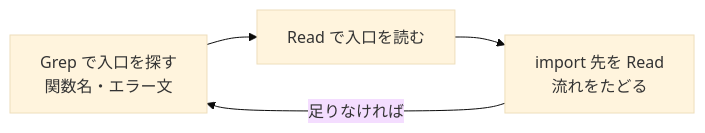
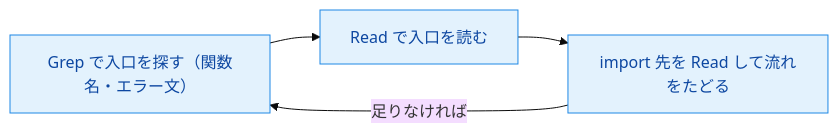
One commit to yuya-take/yuya-exam-notes changed the second of 2 diagrams in ccaf/notes/02-tool-design-mcp/builtin-tools-incremental-exploration.md. Above: the diagram before and after it, drawn with Mermaid (base theme). The commit also changed other lines of this file and 50 other files, not shown here.

````diff
--- a/ccaf/notes/02-tool-design-mcp/builtin-tools-incremental-exploration.md
+++ b/ccaf/notes/02-tool-design-mcp/builtin-tools-incremental-exploration.md
@@ -41,6 +42,8 @@
 ```mermaid
 flowchart LR
-  A[Grep で入口を探す<br>関数名・エラー文] --> B[Read で入口を読む]
-  B --> C[import 先を Read<br>流れをたどる]
+  A["Grep で入口を探す（関数名・エラー文）"] --> B[Read で入口を読む]
+  B --> C["import 先を Read して流れをたどる"]
   C -->|足りなければ| A
+  classDef run fill:#e3f2fd,stroke:#1e88e5,color:#0d47a1
+  class A,B,C run
 ```
````
